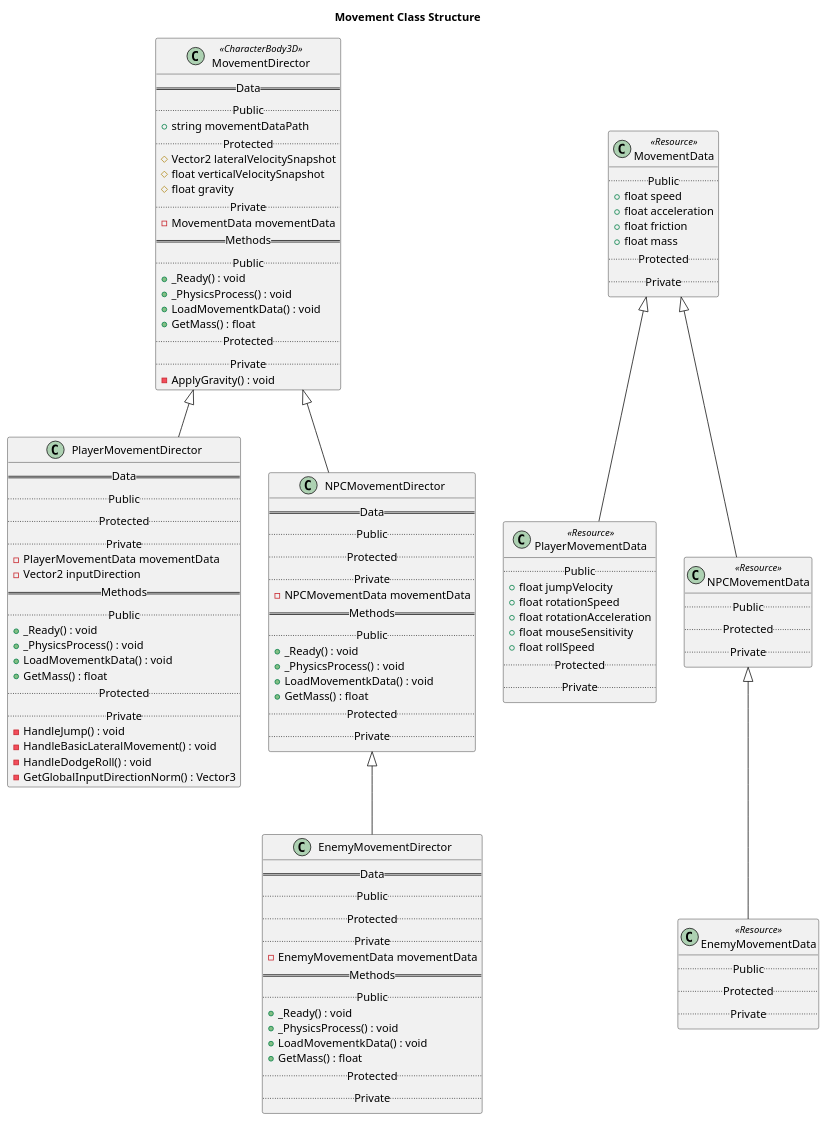
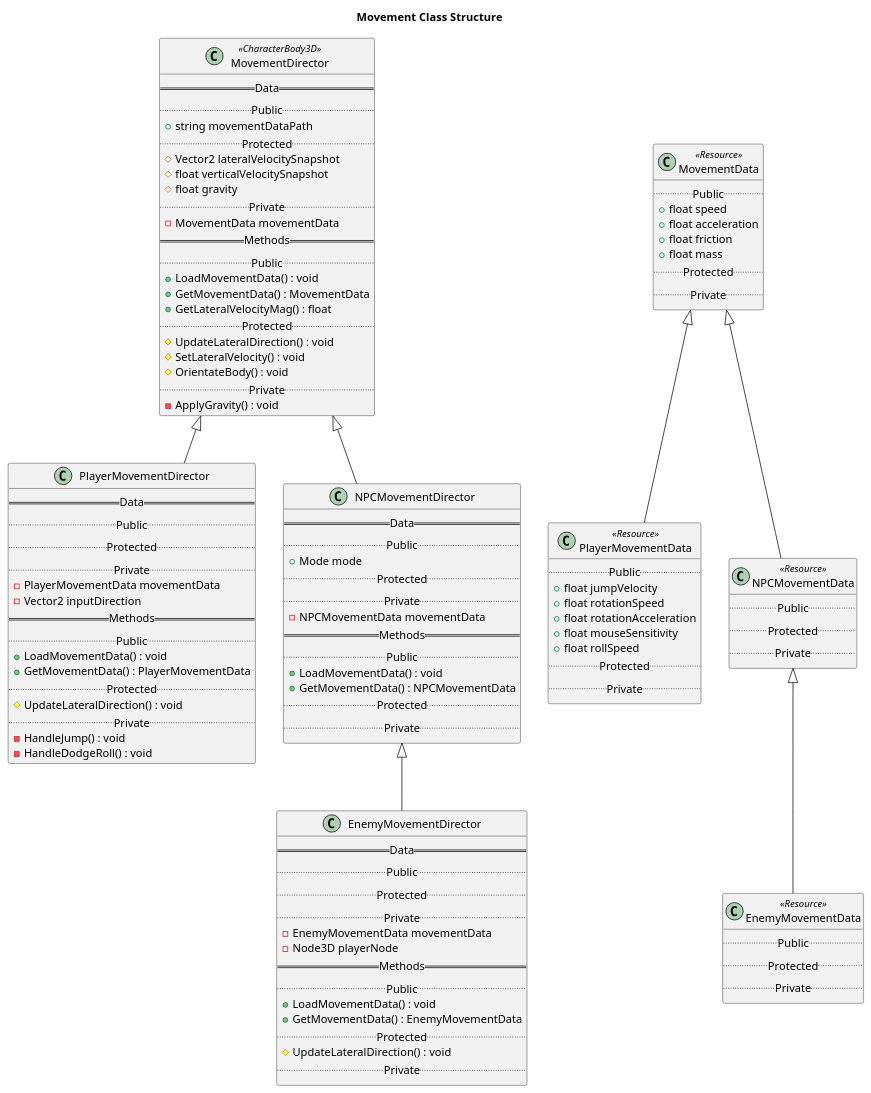
Before and after one commit to kjtkanaly/Roguelike-Shoot-Em-Up: the diagram in UML-Diagrams/src/Movement_Class_Struct.puml, drawn with PlantUML. The commit also changed 5 other files, not shown here.

Commit message:
Updated attack and movement class diagrams

```diff
--- a/UML-Diagrams/src/Movement_Class_Struct.puml
+++ b/UML-Diagrams/src/Movement_Class_Struct.puml
@@ -1,122 +1,120 @@
 @startuml Movement Class Structure
 
 title Movement Class Structure
 
 ' Method Classes
 class MovementDirector <<CharacterBody3D>>{
     == Data ==
     .. Public ..
     + string movementDataPath
     .. Protected ..
     # Vector2 lateralVelocitySnapshot
     # float verticalVelocitySnapshot
     # float gravity
     .. Private ..
     - MovementData movementData
     == Methods ==
     .. Public ..
-    + _Ready() : void
-    + _PhysicsProcess() : void
-    + LoadMovementkData() : void
-    + GetMass() : float
+    + LoadMovementData() : void
+    + GetMovementData() : MovementData
+    + GetLateralVelocityMag() : float
     .. Protected ..
+    # UpdateLateralDirection() : void
+    # SetLateralVelocity() : void
+    # OrientateBody() : void
     .. Private ..
     - ApplyGravity() : void
 }
 
 class PlayerMovementDirector{
     == Data ==
     .. Public ..
     .. Protected ..
     .. Private ..
     - PlayerMovementData movementData
 	- Vector2 inputDirection
     == Methods ==
     .. Public ..
-    + _Ready() : void
-    + _PhysicsProcess() : void
-    + LoadMovementkData() : void
-    + GetMass() : float
+    + LoadMovementData() : void
+    + GetMovementData() : PlayerMovementData
     .. Protected ..
+    # UpdateLateralDirection() : void
     .. Private ..
     - HandleJump() : void
-    - HandleBasicLateralMovement() : void
     - HandleDodgeRoll() : void
-    - GetGlobalInputDirectionNorm() : Vector3
 }
 
 class NPCMovementDirector{
     == Data ==
     .. Public ..
+    + Mode mode
     .. Protected ..
     .. Private ..
     - NPCMovementData movementData
     == Methods ==
     .. Public ..
-    + _Ready() : void
-    + _PhysicsProcess() : void
-    + LoadMovementkData() : void
-    + GetMass() : float
+    + LoadMovementData() : void
+    + GetMovementData() : NPCMovementData
     .. Protected ..
     .. Private ..
 }
 
 class EnemyMovementDirector {
     == Data ==
     .. Public ..
     .. Protected ..
     .. Private ..
     - EnemyMovementData movementData
+    - Node3D playerNode
     == Methods ==
     .. Public ..
-    + _Ready() : void
-    + _PhysicsProcess() : void
-    + LoadMovementkData() : void
-    + GetMass() : float
+    + LoadMovementData() : void
+    + GetMovementData() : EnemyMovementData
     .. Protected ..
+    # UpdateLateralDirection() : void
     .. Private ..
 }
 
 MovementDirector <|-- PlayerMovementDirector
 MovementDirector <|-- NPCMovementDirector
 NPCMovementDirector <|-- EnemyMovementDirector
 
 ' Resource Classes
 class MovementData <<Resource>> {
     .. Public ..
     + float speed
 	+ float acceleration
 	+ float friction
 	+ float mass
     .. Protected ..
     .. Private ..
 }
 
 class PlayerMovementData <<Resource>> {
     .. Public ..
     + float jumpVelocity  
 	+ float rotationSpeed
 	+ float rotationAcceleration
 	+ float mouseSensitivity
 	+ float rollSpeed
     .. Protected ..
     .. Private ..
 }
 
 class NPCMovementData <<Resource>> {
     .. Public ..
     .. Protected ..
     .. Private ..
 }
 
 class EnemyMovementData <<Resource>> {
     .. Public ..
     .. Protected ..
     .. Private ..
 }
 
 MovementData <|-- PlayerMovementData
 MovementData <|-- NPCMovementData
 NPCMovementData <|-- EnemyMovementData
 
 @enduml
```
